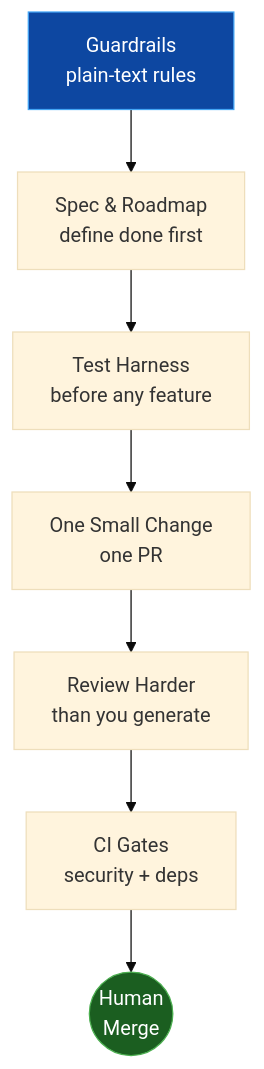
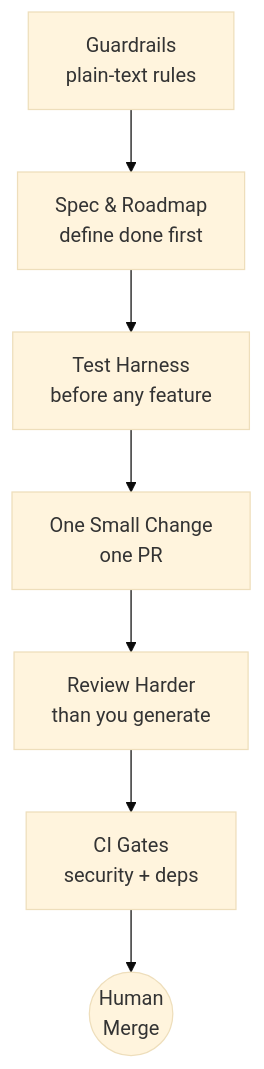
Before and after one commit to sdelrio/golden-forest: the first of 3 diagrams in docs/Develop-Code/AI-Development/Workflows/chris-titus-ai-workflow.md, drawn with Mermaid (base theme). The commit also changed 19 other files, not shown here.

First line of the commit message:
feat(theme): add ink plate mermaid diagrams (#377)

````diff
--- a/docs/Develop-Code/AI-Development/Workflows/chris-titus-ai-workflow.md
+++ b/docs/Develop-Code/AI-Development/Workflows/chris-titus-ai-workflow.md
@@ -17,12 +17,11 @@
 ```mermaid
 flowchart TD
     G["Guardrails<br/>plain-text rules"] --> S["Spec & Roadmap<br/>define done first"]
     S --> T["Test Harness<br/>before any feature"]
     T --> I["One Small Change<br/>one PR"]
     I --> R["Review Harder<br/>than you generate"]
     R --> C["CI Gates<br/>security + deps"]
     C --> H(("Human<br/>Merge"))
 
-    style H fill:#1b5e20,stroke:#4caf50,color:#fff
-    style G fill:#0d47a1,stroke:#42a5f5,color:#fff
+    class H highlight
 ```
````
